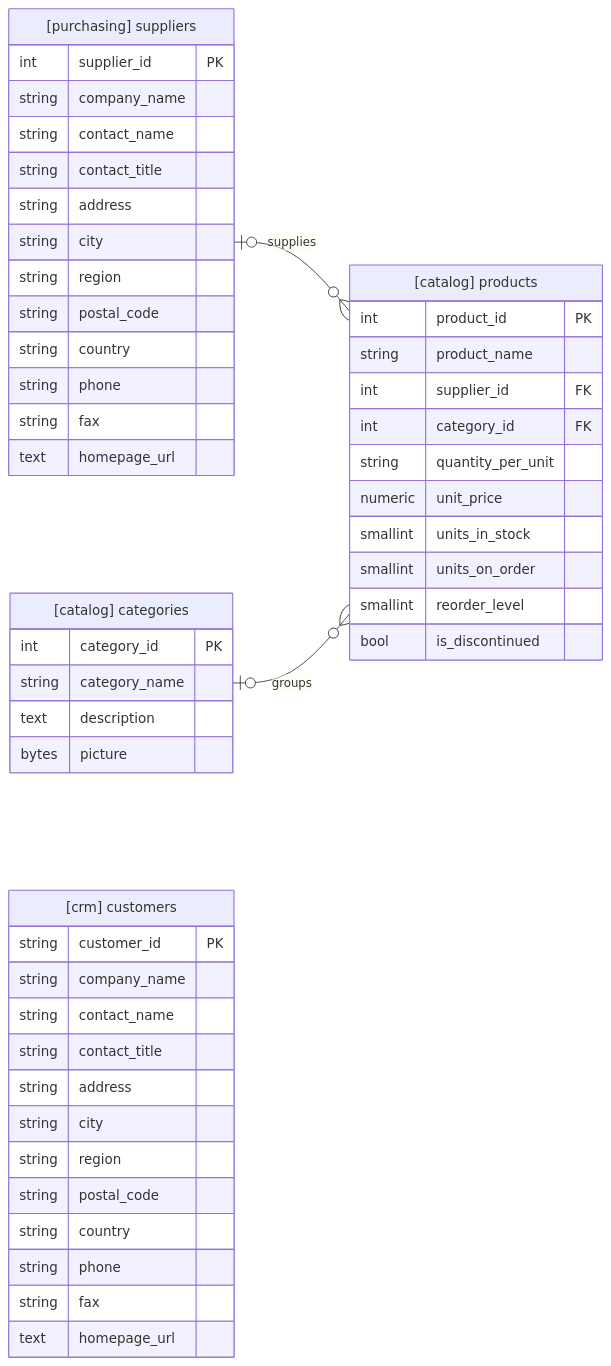
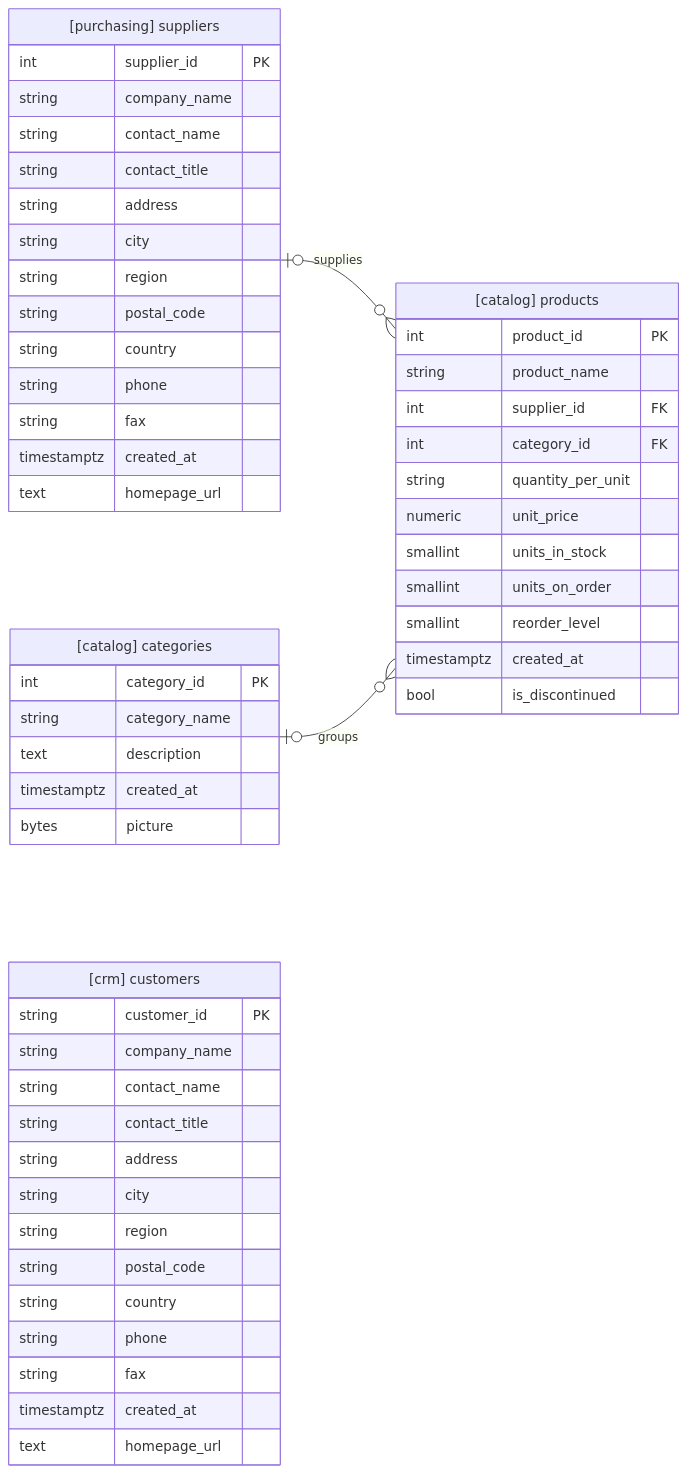
Before and after one commit to cbakopanos/northwind: the diagram in docs/DATABASE.mmd, drawn with Mermaid. The commit also changed 25 other files, not shown here.

```diff
--- a/docs/DATABASE.mmd
+++ b/docs/DATABASE.mmd
@@ -1,55 +1,59 @@
 erDiagram
     direction LR
 
     PURCHASING_SUPPLIERS o|--o{ CATALOG_PRODUCTS : supplies
     CATALOG_CATEGORIES o|--o{ CATALOG_PRODUCTS : groups
 
     PURCHASING_SUPPLIERS["[purchasing] suppliers"] {
         int supplier_id PK
         string company_name
         string contact_name
         string contact_title
         string address
         string city
         string region
         string postal_code
         string country
         string phone
         string fax
+        timestamptz created_at
         text homepage_url
     }
 
     CATALOG_CATEGORIES["[catalog] categories"] {
         int category_id PK
         string category_name
         text description
+        timestamptz created_at
         bytes picture
     }
 
     CATALOG_PRODUCTS["[catalog] products"] {
         int product_id PK
         string product_name
         int supplier_id FK
         int category_id FK
         string quantity_per_unit
         numeric unit_price
         smallint units_in_stock
         smallint units_on_order
         smallint reorder_level
+        timestamptz created_at
         bool is_discontinued
     }
 
     CRM_CUSTOMERS["[crm] customers"] {
         string customer_id PK
         string company_name
         string contact_name
         string contact_title
         string address
         string city
         string region
         string postal_code
         string country
         string phone
         string fax
+        timestamptz created_at
         text homepage_url
     }
```
